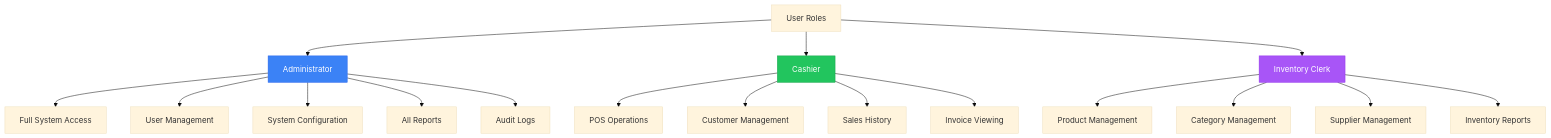
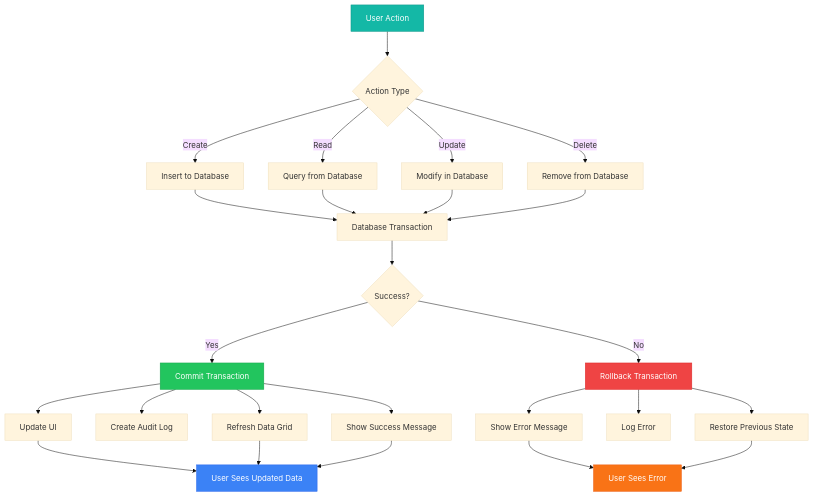
One commit to EIRSVi/Sync-Verse-Studio changed diagram 13 of 23 in README.md. Above: the diagram before and after it, drawn with Mermaid (base theme). The commit also changed other lines of this file and 12 other files, not shown here.

````diff
--- a/README.md
+++ b/README.md
@@ -1159,26 +950,41 @@
 ```mermaid
 graph TD
-    A[User Roles] --> B[Administrator]
-    A --> C[Cashier]
-    A --> D[Inventory Clerk]
+    A[User Action] --> B{Action Type}
     
-    B --> B1[Full System Access]
-    B --> B2[User Management]
-    B --> B3[System Configuration]
-    B --> B4[All Reports]
-    B --> B5[Audit Logs]
+    B -->|Create| C1[Insert to Database]
+    B -->|Read| C2[Query from Database]
+    B -->|Update| C3[Modify in Database]
+    B -->|Delete| C4[Remove from Database]
     
-    C --> C1[POS Operations]
-    C --> C2[Customer Management]
-    C --> C3[Sales History]
-    C --> C4[Invoice Viewing]
+    C1 --> D[Database Transaction]
+    C2 --> D
+    C3 --> D
+    C4 --> D
     
-    D --> D1[Product Management]
-    D --> D2[Category Management]
-    D --> D3[Supplier Management]
-    D --> D4[Inventory Reports]
+    D --> E{Success?}
     
-    style B fill:#3B82F6,stroke:#2563EB,color:#fff
-    style C fill:#22C55E,stroke:#16A34A,color:#fff
-    style D fill:#A855F7,stroke:#9333EA,color:#fff
+    E -->|Yes| F1[Commit Transaction]
+    E -->|No| F2[Rollback Transaction]
+    
+    F1 --> G1[Update UI]
+    F1 --> G2[Create Audit Log]
+    F1 --> G3[Refresh Data Grid]
+    F1 --> G4[Show Success Message]
+    
+    F2 --> H1[Show Error Message]
+    F2 --> H2[Log Error]
+    F2 --> H3[Restore Previous State]
+    
+    G1 --> I[User Sees Updated Data]
+    G3 --> I
+    G4 --> I
+    
+    H1 --> J[User Sees Error]
+    H3 --> J
+    
+    style A fill:#14B8A6,stroke:#0D9488,color:#fff
+    style F1 fill:#22C55E,stroke:#16A34A,color:#fff
+    style F2 fill:#EF4444,stroke:#DC2626,color:#fff
+    style I fill:#3B82F6,stroke:#2563EB,color:#fff
+    style J fill:#F97316,stroke:#EA580C,color:#fff
 ```
````
